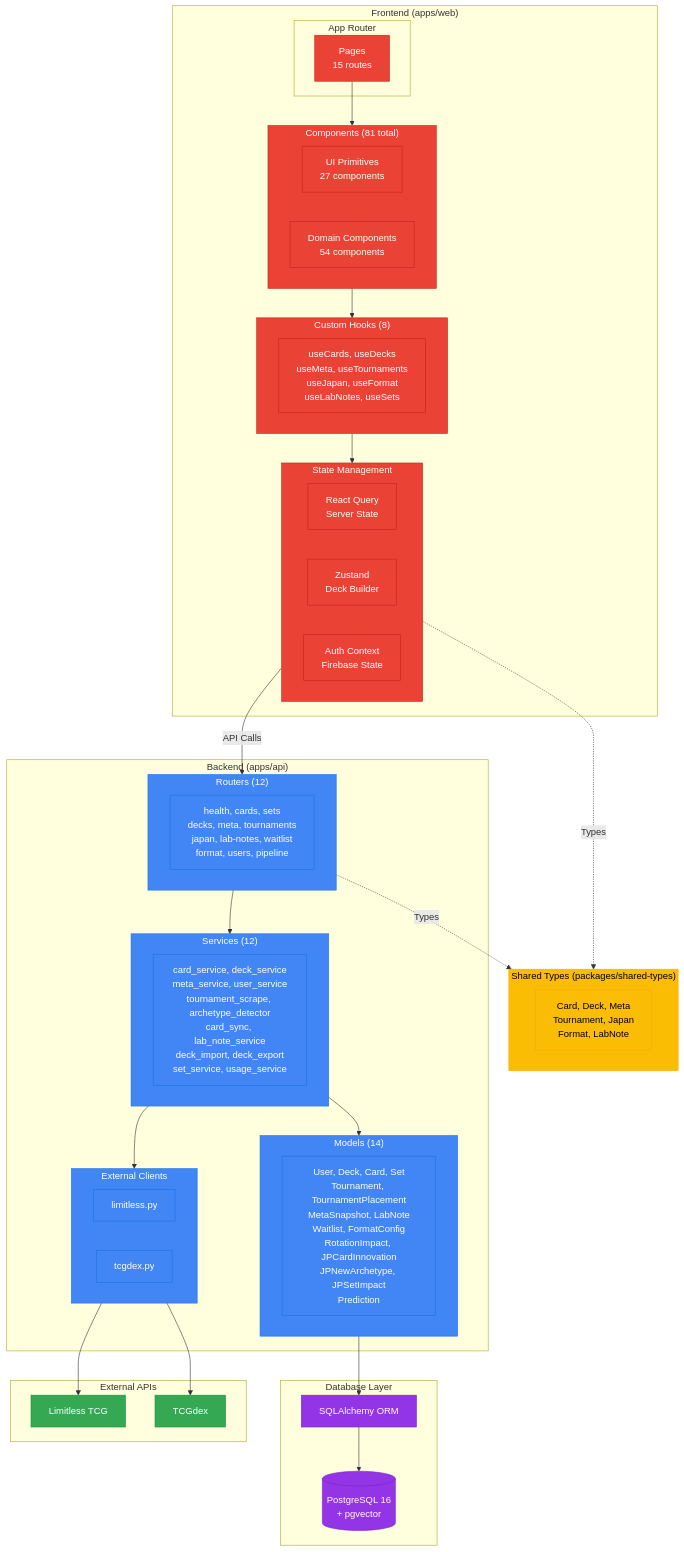
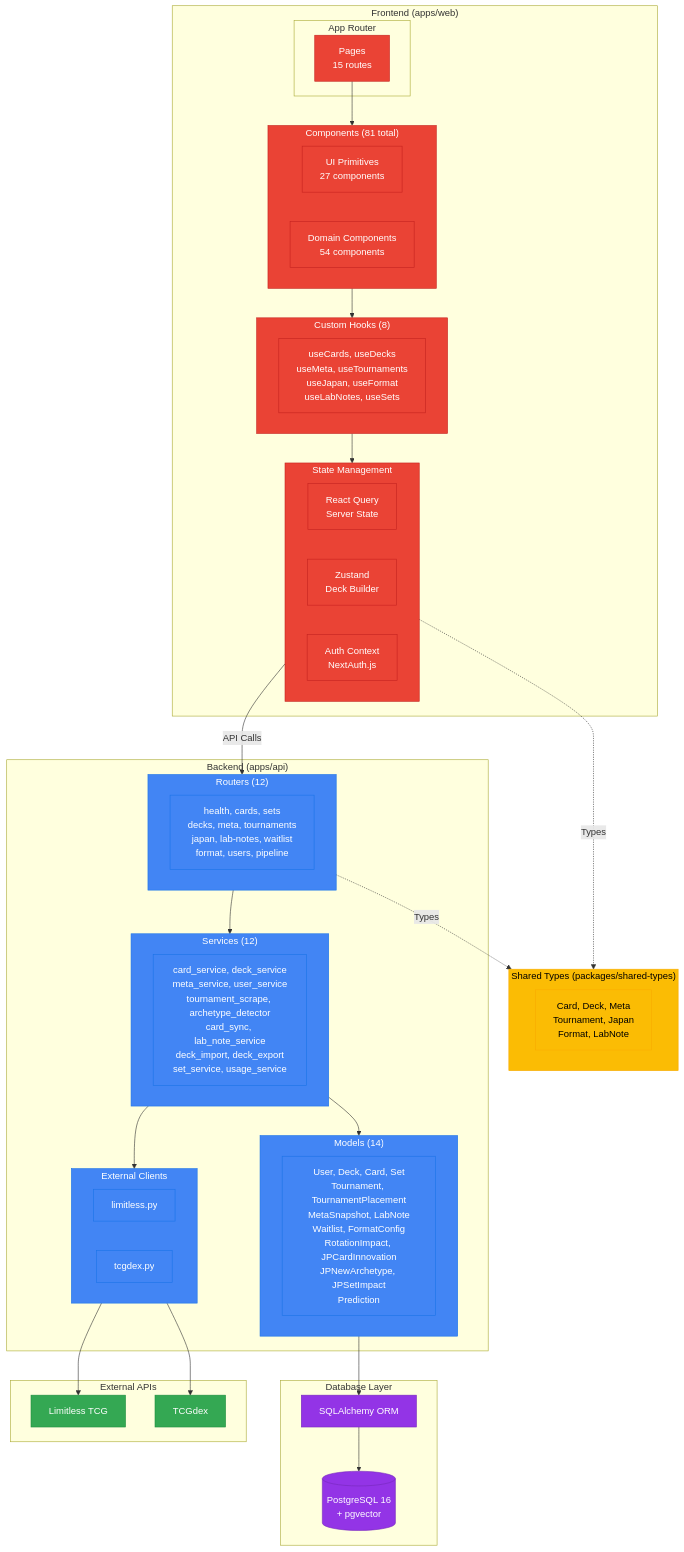
One commit to dtsong/trainerlab changed the diagram in docs/architecture/APPLICATION_LAYERS.md. Above: the diagram before and after it, drawn with Mermaid. The commit also changed 6 other files, not shown here.

Commit message:
docs: update architecture diagrams and fix stale Firebase/status references

```diff
--- a/docs/architecture/APPLICATION_LAYERS.md
+++ b/docs/architecture/APPLICATION_LAYERS.md
@@ -27,7 +27,7 @@
         subgraph State["State Management"]
             ReactQuery["React Query<br/>Server State"]
             Zustand["Zustand<br/>Deck Builder"]
-            Context["Auth Context<br/>Firebase State"]
+            Context["Auth Context<br/>NextAuth.js"]
         end
     end
 
```
